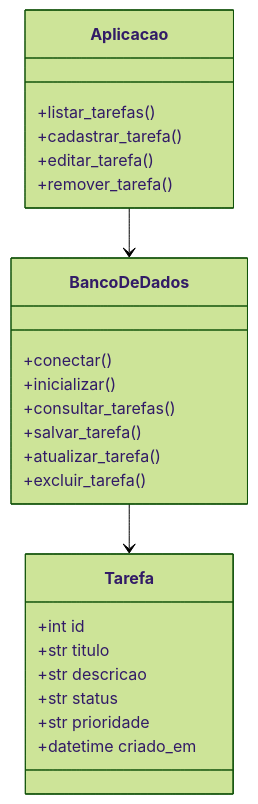
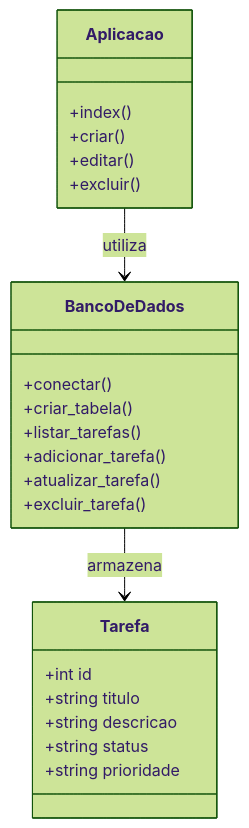
One commit to ZazaMs/TaskFlowEad changed the diagram in docs/diagrama-classes.md. Above: the diagram before and after it, drawn with Mermaid (forest theme). The commit also changed other lines of this file, not shown here.

````diff
--- a/docs/diagrama-classes.md
+++ b/docs/diagrama-classes.md
@@ -5,27 +9,29 @@
 ```mermaid
 classDiagram
     class Tarefa {
-      +int id
-      +str titulo
-      +str descricao
-      +str status
-      +str prioridade
-      +datetime criado_em
+        +int id
+        +string titulo
+        +string descricao
+        +string status
+        +string prioridade
     }
+
     class BancoDeDados {
-      +conectar()
-      +inicializar()
-      +consultar_tarefas()
-      +salvar_tarefa()
-      +atualizar_tarefa()
-      +excluir_tarefa()
+        +conectar()
+        +criar_tabela()
+        +listar_tarefas()
+        +adicionar_tarefa()
+        +atualizar_tarefa()
+        +excluir_tarefa()
     }
+
     class Aplicacao {
-      +listar_tarefas()
-      +cadastrar_tarefa()
-      +editar_tarefa()
-      +remover_tarefa()
+        +index()
+        +criar()
+        +editar()
+        +excluir()
     }
-    Aplicacao --> BancoDeDados
-    BancoDeDados --> Tarefa
+
+    Aplicacao --> BancoDeDados : utiliza
+    BancoDeDados --> Tarefa : armazena
 ```
````
